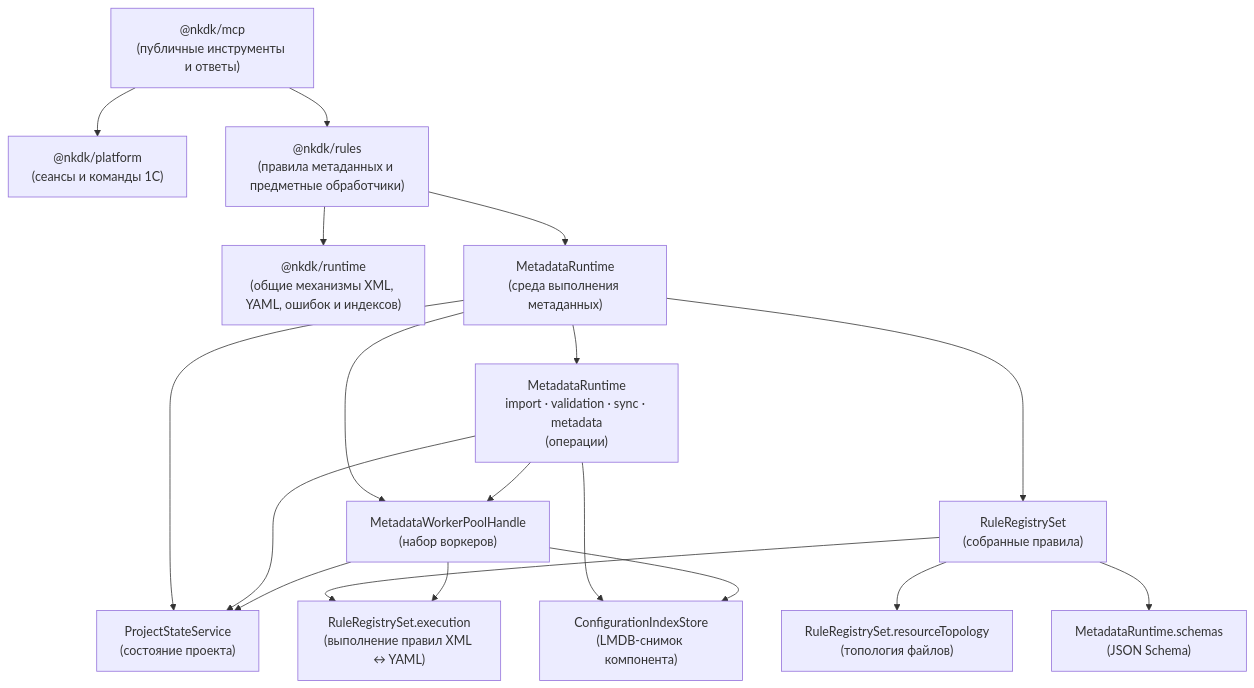
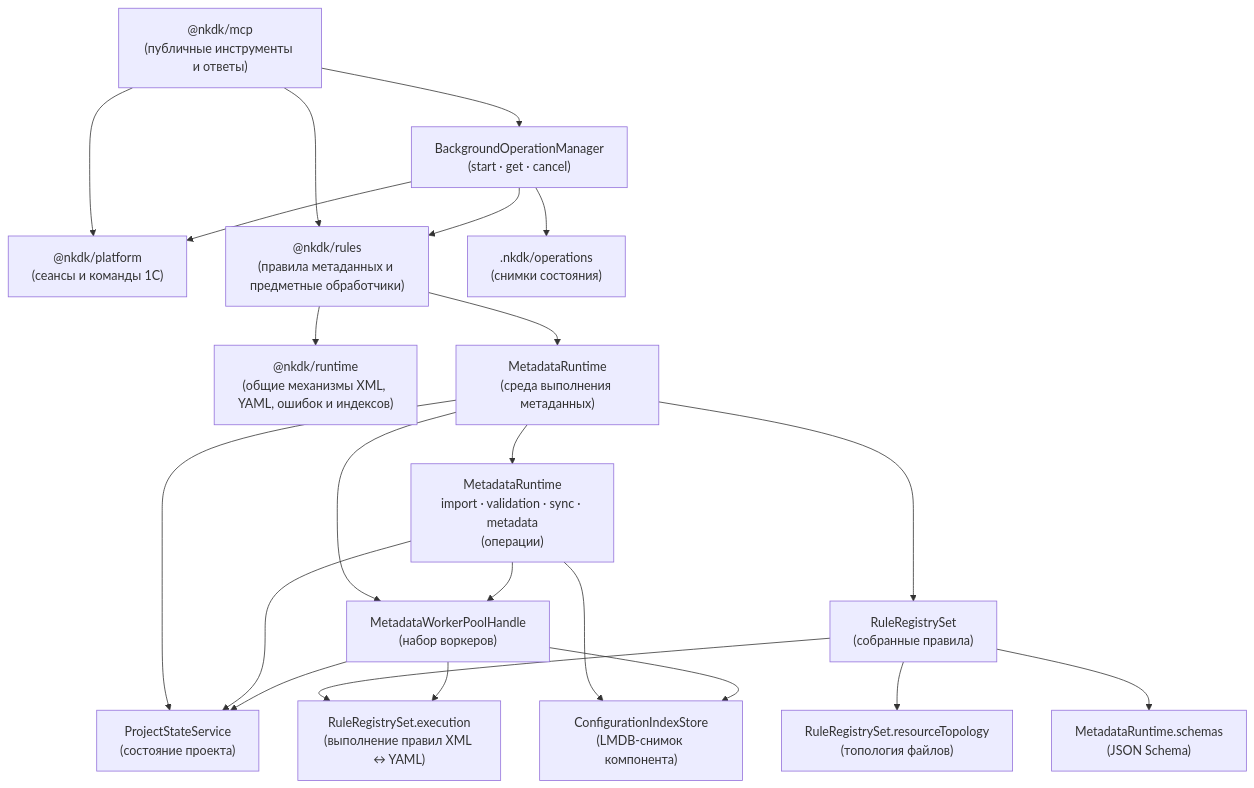
Before and after one commit to crimsongoldteam/nkdk: the first of 12 diagrams in .agents/architecture.md, drawn with Mermaid. The commit also changed other lines of this file and 6 other files, not shown here.

````diff
--- a/.agents/architecture.md
+++ b/.agents/architecture.md
@@ -40,28 +40,32 @@
 ```mermaid
 flowchart TD
   mcp["@nkdk/mcp<br/>(публичные инструменты и ответы)"]
   platform["@nkdk/platform<br/>(сеансы и команды 1С)"]
   rules["@nkdk/rules<br/>(правила метаданных и предметные обработчики)"]
   runtime["@nkdk/runtime<br/>(общие механизмы XML, YAML, ошибок и индексов)"]
 
   mcp --> platform
   mcp --> rules
+  mcp --> backgroundManager["BackgroundOperationManager<br/>(start · get · cancel)"]
+  backgroundManager --> operationStore[".nkdk/operations<br/>(снимки состояния)"]
+  backgroundManager --> platform
+  backgroundManager --> rules
   rules --> runtime
 
   rules --> metadataRuntime["MetadataRuntime<br/>(среда выполнения метаданных)"]
   metadataRuntime --> operations["MetadataRuntime<br/>import · validation · sync · metadata<br/>(операции)"]
   metadataRuntime --> projectState["ProjectStateService<br/>(состояние проекта)"]
   metadataRuntime --> workers["MetadataWorkerPoolHandle<br/>(набор воркеров)"]
   metadataRuntime --> registry["RuleRegistrySet<br/>(собранные правила)"]
 
   registry --> topology["RuleRegistrySet.resourceTopology<br/>(топология файлов)"]
   registry --> schemas["MetadataRuntime.schemas<br/>(JSON Schema)"]
   registry --> conversion["RuleRegistrySet.execution<br/>(выполнение правил XML ↔ YAML)"]
 
   operations --> projectState
   operations --> workers
   operations --> snapshotStore["ConfigurationIndexStore<br/>(LMDB-снимок компонента)"]
   workers --> projectState
   workers --> conversion
   workers --> snapshotStore
 ```
````
